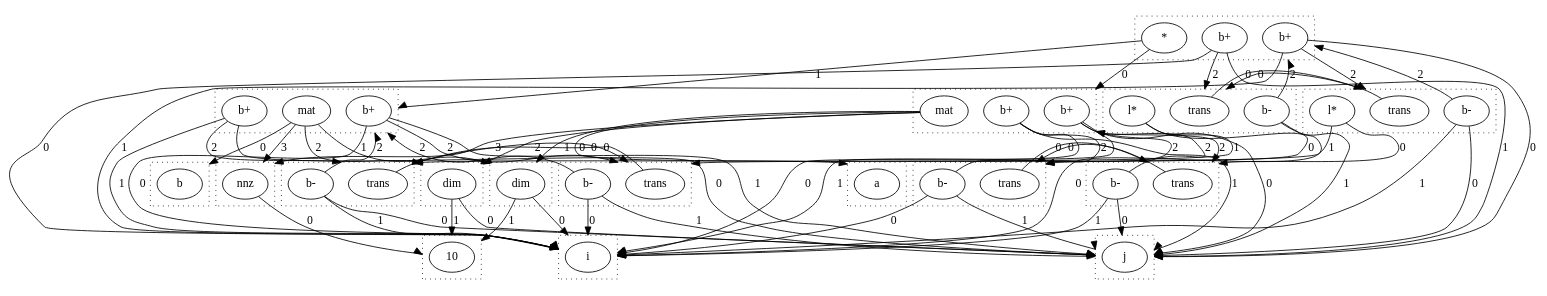
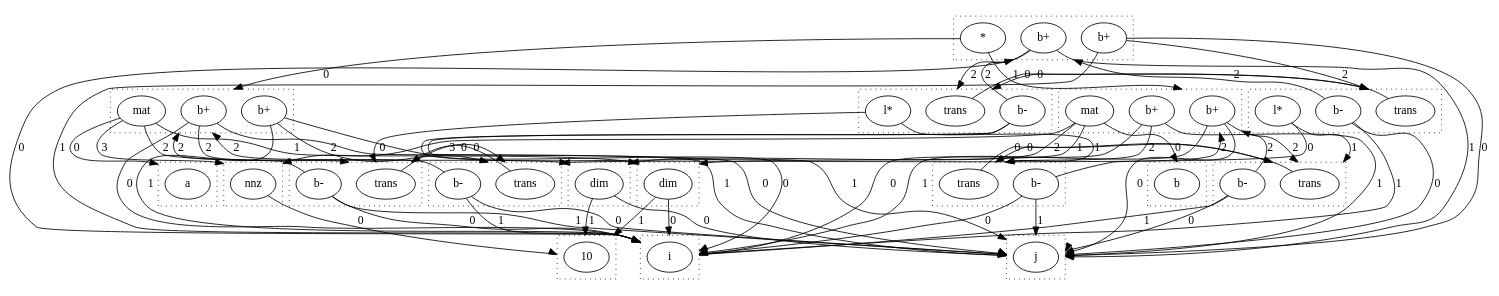
One commit to wormhole-optimization/warp changed the diagram in dots/raunbind.dot. Above: the diagram before and after it, drawn with Graphviz. The commit also changed 3 other files, not shown here.

```diff
--- a/dots/raunbind.dot
+++ b/dots/raunbind.dot
@@ -1,146 +1,146 @@
 digraph {
   compound=true
   subgraph cluster_0 {
     style=dotted
     0.0[label = "i"]
   }
   subgraph cluster_1 {
     style=dotted
     1.0[label = "j"]
   }
   subgraph cluster_2 {
     style=dotted
     2.0[label = "a"]
   }
   subgraph cluster_3 {
     style=dotted
     3.0[label = "10"]
   }
   subgraph cluster_4 {
     style=dotted
     4.0[label = "dim"]
   }
   subgraph cluster_5 {
     style=dotted
     5.0[label = "dim"]
   }
   subgraph cluster_6 {
     style=dotted
     6.0[label = "nnz"]
   }
   subgraph cluster_7 {
     style=dotted
     7.0[label = "b+"]
     7.1[label = "mat"]
     7.2[label = "b+"]
   }
   subgraph cluster_8 {
     style=dotted
     8.0[label = "b"]
   }
   subgraph cluster_9 {
     style=dotted
     9.0[label = "b+"]
     9.1[label = "mat"]
     9.2[label = "b+"]
   }
   subgraph cluster_10 {
     style=dotted
     10.0[label = "b+"]
     10.1[label = "*"]
     10.2[label = "b+"]
   }
   subgraph cluster_11 {
     style=dotted
     11.0[label = "trans"]
     11.1[label = "b-"]
     11.2[label = "l*"]
   }
   subgraph cluster_12 {
     style=dotted
     12.0[label = "trans"]
     12.1[label = "b-"]
   }
   subgraph cluster_14 {
     style=dotted
     14.0[label = "trans"]
     14.1[label = "b-"]
   }
   subgraph cluster_16 {
     style=dotted
     16.0[label = "trans"]
     16.1[label = "b-"]
   }
   subgraph cluster_18 {
     style=dotted
     18.0[label = "trans"]
     18.1[label = "b-"]
   }
-  subgraph cluster_21 {
+  subgraph cluster_20 {
     style=dotted
-    21.0[label = "trans"]
-    21.1[label = "b-"]
-    21.2[label = "l*"]
+    20.0[label = "trans"]
+    20.1[label = "b-"]
+    20.2[label = "l*"]
   }
   4.0 -> 0.0 [lhead = cluster_0, label = 0]
   4.0 -> 3.0 [lhead = cluster_3, label = 1]
   5.0 -> 1.0 [lhead = cluster_1, label = 0]
   5.0 -> 3.0 [lhead = cluster_3, label = 1]
   6.0 -> 3.0 [lhead = cluster_3, label = 0]
-  7.0 -> 1.0 [lhead = cluster_1, label = 0]
-  7.0 -> 0.0 [lhead = cluster_0, label = 1]
+  7.0 -> 0.0 [lhead = cluster_0, label = 0]
+  7.0 -> 1.0 [lhead = cluster_1, label = 1]
   7.0 -> 14.0 [lhead = cluster_14, label = 2]
   7.1 -> 2.0 [lhead = cluster_2, label = 0]
   7.1 -> 4.0 [lhead = cluster_4, label = 1]
   7.1 -> 5.0 [lhead = cluster_5, label = 2]
   7.1 -> 6.0 [lhead = cluster_6, label = 3]
-  7.2 -> 0.0 [lhead = cluster_0, label = 0]
-  7.2 -> 1.0 [lhead = cluster_1, label = 1]
+  7.2 -> 1.0 [lhead = cluster_1, label = 0]
+  7.2 -> 0.0 [lhead = cluster_0, label = 1]
   7.2 -> 12.0 [lhead = cluster_12, label = 2]
-  9.0 -> 0.0 [lhead = cluster_0, label = 0]
-  9.0 -> 1.0 [lhead = cluster_1, label = 1]
+  9.0 -> 1.0 [lhead = cluster_1, label = 0]
+  9.0 -> 0.0 [lhead = cluster_0, label = 1]
   9.0 -> 18.0 [lhead = cluster_18, label = 2]
   9.1 -> 8.0 [lhead = cluster_8, label = 0]
   9.1 -> 4.0 [lhead = cluster_4, label = 1]
   9.1 -> 5.0 [lhead = cluster_5, label = 2]
   9.1 -> 6.0 [lhead = cluster_6, label = 3]
-  9.2 -> 1.0 [lhead = cluster_1, label = 0]
-  9.2 -> 0.0 [lhead = cluster_0, label = 1]
+  9.2 -> 0.0 [lhead = cluster_0, label = 0]
+  9.2 -> 1.0 [lhead = cluster_1, label = 1]
   9.2 -> 16.0 [lhead = cluster_16, label = 2]
-  10.0 -> 1.0 [lhead = cluster_1, label = 0]
-  10.0 -> 0.0 [lhead = cluster_0, label = 1]
-  10.0 -> 21.0 [lhead = cluster_21, label = 2]
+  10.0 -> 0.0 [lhead = cluster_0, label = 0]
+  10.0 -> 1.0 [lhead = cluster_1, label = 1]
+  10.0 -> 11.0 [lhead = cluster_11, label = 2]
   10.1 -> 7.0 [lhead = cluster_7, label = 0]
   10.1 -> 9.0 [lhead = cluster_9, label = 1]
-  10.2 -> 0.0 [lhead = cluster_0, label = 0]
-  10.2 -> 1.0 [lhead = cluster_1, label = 1]
-  10.2 -> 11.0 [lhead = cluster_11, label = 2]
-  11.0 -> 21.0 [lhead = cluster_21, label = 0]
+  10.2 -> 1.0 [lhead = cluster_1, label = 0]
+  10.2 -> 0.0 [lhead = cluster_0, label = 1]
+  10.2 -> 20.0 [lhead = cluster_20, label = 2]
+  11.0 -> 20.0 [lhead = cluster_20, label = 0]
   11.1 -> 0.0 [lhead = cluster_0, label = 0]
   11.1 -> 1.0 [lhead = cluster_1, label = 1]
   11.1 -> 10.0 [lhead = cluster_10, label = 2]
-  11.2 -> 12.0 [lhead = cluster_12, label = 0]
-  11.2 -> 18.0 [lhead = cluster_18, label = 1]
+  11.2 -> 14.0 [lhead = cluster_14, label = 0]
+  11.2 -> 16.0 [lhead = cluster_16, label = 1]
   12.0 -> 14.0 [lhead = cluster_14, label = 0]
-  12.1 -> 0.0 [lhead = cluster_0, label = 0]
-  12.1 -> 1.0 [lhead = cluster_1, label = 1]
+  12.1 -> 1.0 [lhead = cluster_1, label = 0]
+  12.1 -> 0.0 [lhead = cluster_0, label = 1]
   12.1 -> 7.0 [lhead = cluster_7, label = 2]
   14.0 -> 12.0 [lhead = cluster_12, label = 0]
-  14.1 -> 1.0 [lhead = cluster_1, label = 0]
-  14.1 -> 0.0 [lhead = cluster_0, label = 1]
+  14.1 -> 0.0 [lhead = cluster_0, label = 0]
+  14.1 -> 1.0 [lhead = cluster_1, label = 1]
   14.1 -> 7.0 [lhead = cluster_7, label = 2]
   16.0 -> 18.0 [lhead = cluster_18, label = 0]
-  16.1 -> 1.0 [lhead = cluster_1, label = 0]
-  16.1 -> 0.0 [lhead = cluster_0, label = 1]
+  16.1 -> 0.0 [lhead = cluster_0, label = 0]
+  16.1 -> 1.0 [lhead = cluster_1, label = 1]
   16.1 -> 9.0 [lhead = cluster_9, label = 2]
   18.0 -> 16.0 [lhead = cluster_16, label = 0]
-  18.1 -> 0.0 [lhead = cluster_0, label = 0]
-  18.1 -> 1.0 [lhead = cluster_1, label = 1]
+  18.1 -> 1.0 [lhead = cluster_1, label = 0]
+  18.1 -> 0.0 [lhead = cluster_0, label = 1]
   18.1 -> 9.0 [lhead = cluster_9, label = 2]
-  21.0 -> 11.0 [lhead = cluster_11, label = 0]
-  21.1 -> 1.0 [lhead = cluster_1, label = 0]
-  21.1 -> 0.0 [lhead = cluster_0, label = 1]
-  21.1 -> 10.0 [lhead = cluster_10, label = 2]
-  21.2 -> 14.0 [lhead = cluster_14, label = 0]
-  21.2 -> 16.0 [lhead = cluster_16, label = 1]
+  20.0 -> 11.0 [lhead = cluster_11, label = 0]
+  20.1 -> 1.0 [lhead = cluster_1, label = 0]
+  20.1 -> 0.0 [lhead = cluster_0, label = 1]
+  20.1 -> 10.0 [lhead = cluster_10, label = 2]
+  20.2 -> 12.0 [lhead = cluster_12, label = 0]
+  20.2 -> 18.0 [lhead = cluster_18, label = 1]
 }
```
